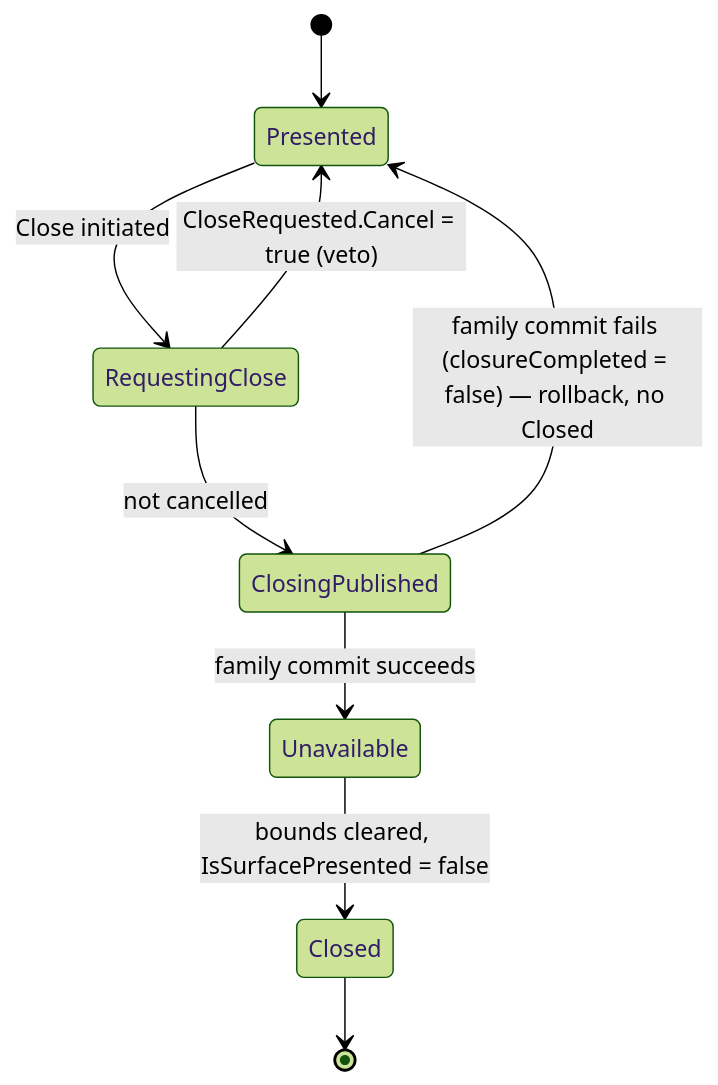
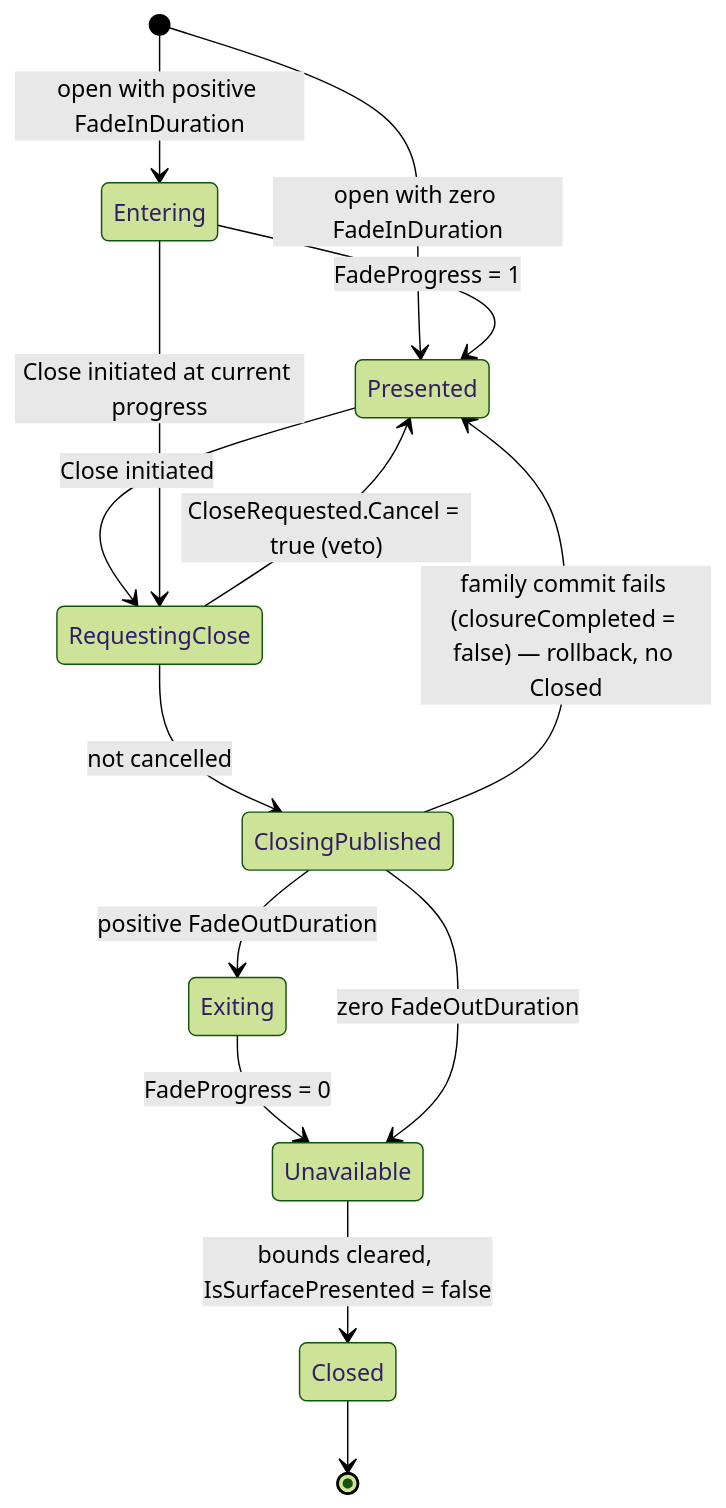
One commit to pavkam/sharp-vision changed the second of 3 diagrams in docs/concepts/floating-surfaces.md. Above: the diagram before and after it, drawn with Mermaid (forest theme). The commit also changed other lines of this file and 39 other files, not shown here.

````diff
--- a/docs/concepts/floating-surfaces.md
+++ b/docs/concepts/floating-surfaces.md
@@ -138,11 +155,16 @@
 ```mermaid
 stateDiagram-v2
-    [*] --> Presented
+    [*] --> Entering: open with positive FadeInDuration
+    [*] --> Presented: open with zero FadeInDuration
+    Entering --> Presented: FadeProgress = 1
     Presented --> RequestingClose: Close initiated
+    Entering --> RequestingClose: Close initiated at current progress
     RequestingClose --> Presented: CloseRequested.Cancel = true (veto)
     RequestingClose --> ClosingPublished: not cancelled
     ClosingPublished --> Presented: family commit fails (closureCompleted = false) — rollback, no Closed
-    ClosingPublished --> Unavailable: family commit succeeds
+    ClosingPublished --> Exiting: positive FadeOutDuration
+    Exiting --> Unavailable: FadeProgress = 0
+    ClosingPublished --> Unavailable: zero FadeOutDuration
     Unavailable --> Closed: bounds cleared, IsSurfacePresented = false
     Closed --> [*]
 ```
````
